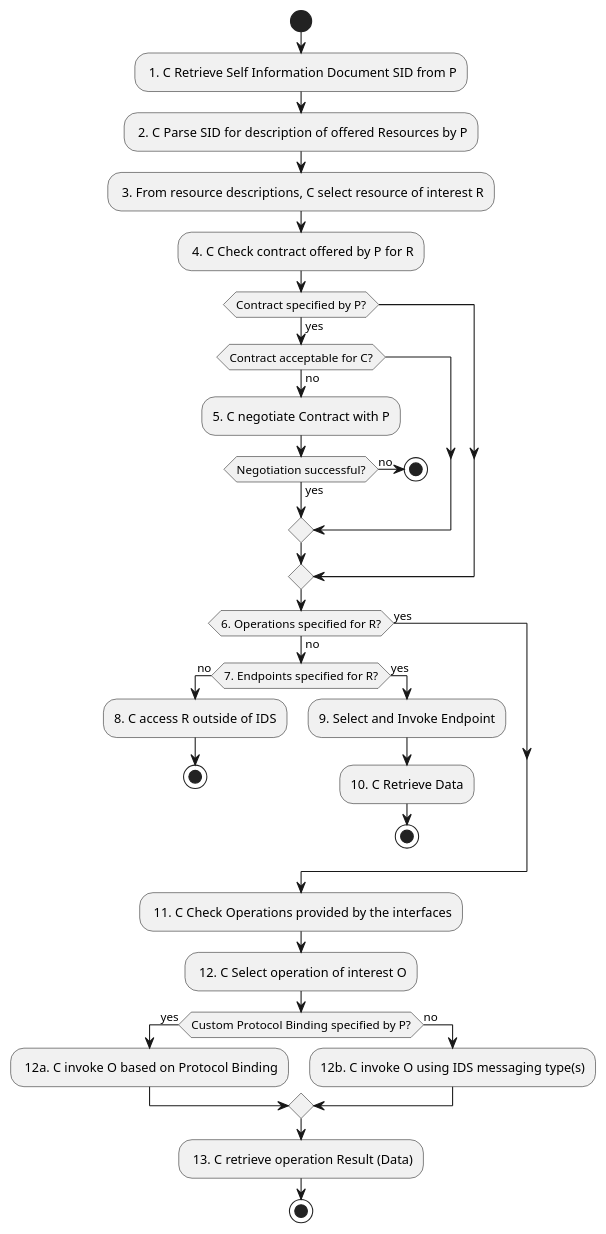
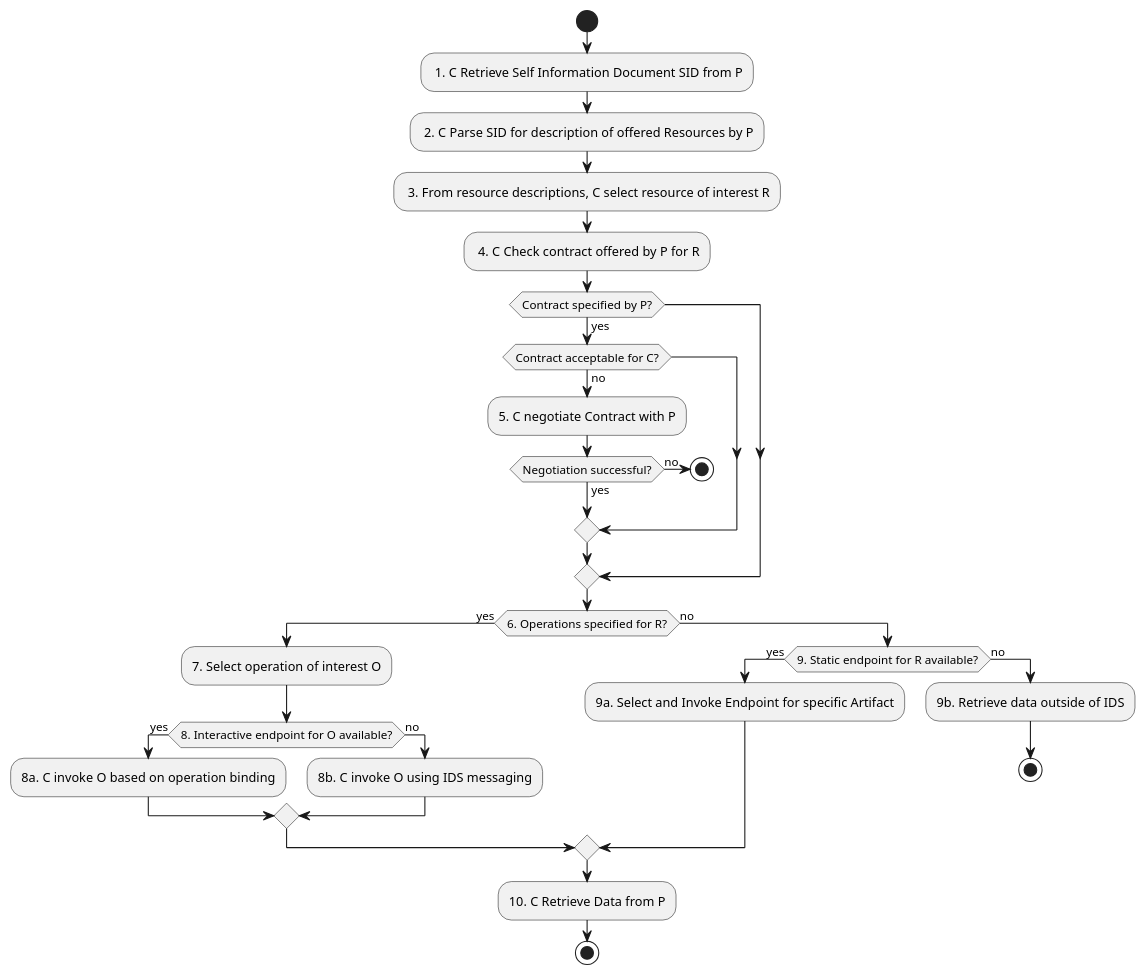
One commit to IndustrialDataSpace/Documentation changed the diagram in connector_connector_interaction.plantuml. Above: the diagram before and after it, drawn with PlantUML.

Commit message:
adapt to recent infomodel changes

```diff
--- a/connector_connector_interaction.plantuml
+++ b/connector_connector_interaction.plantuml
@@ -1,49 +1,46 @@
 @startuml
 
 start
 
 : 1. C Retrieve Self Information Document SID from P;
 : 2. C Parse SID for description of offered Resources by P;
 : 3. From resource descriptions, C select resource of interest R;
 : 4. C Check contract offered by P for R;
 
 if (Contract specified by P?) then (yes)
     if (Contract acceptable for C?) then (no)
         :5. C negotiate Contract with P;
 
         if (Negotiation successful?) then (yes)
             else (no)
                 stop
         endif
     endif
 endif
 
-if (6. Operations specified for R?) then (no)
 
-    if (7. Endpoints specified for R?) then (no)
-        :8. C access R outside of IDS;
-        stop
-    else (yes)
-        :9. Select and Invoke Endpoint;
-        :10. C Retrieve Data;
-        stop
-    endif
+if (6. Operations specified for R?) then (yes)
+    :7. Select operation of interest O;
 
-    else (yes)
+        if (8. Interactive endpoint for O available?) then (yes)
+            :8a. C invoke O based on operation binding;
+        else (no)
+            :8b. C invoke O using IDS messaging;
+        endif
+
+    else (no)
+
+        if (9. Static endpoint for R available?) then (yes)
+            :9a. Select and Invoke Endpoint for specific Artifact;
+        else (no)
+            :9b. Retrieve data outside of IDS;
+            stop
+        endif
+
 endif
 
-: 11. C Check Operations provided by the interfaces;
-: 12. C Select operation of interest O;
-
-if (Custom Protocol Binding specified by P?) then (yes)
-    : 12a. C invoke O based on Protocol Binding;
-
-    else (no)
-    :12b. C invoke O using IDS messaging type(s);
-endif
-
-: 13. C retrieve operation Result (Data);
+:10. C Retrieve Data from P;
 
 stop
 
 @enduml
```
